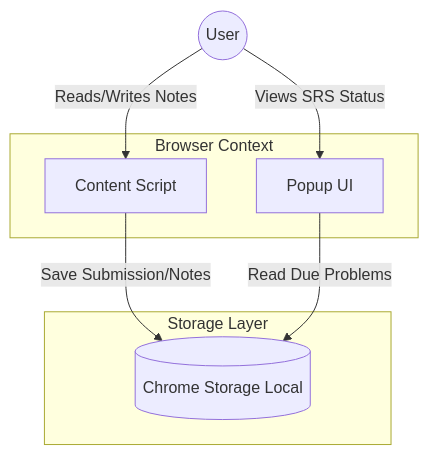
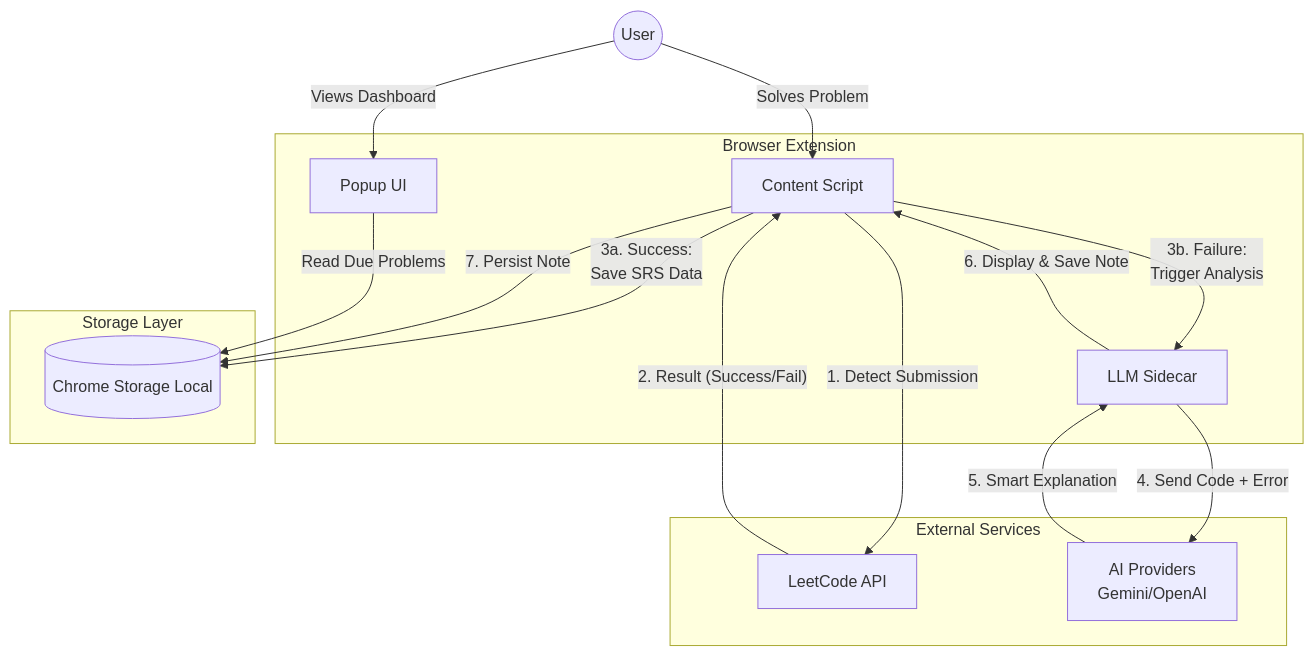
One commit to yc1838/LeetCode-Spaced-Repetition-Chrome-Extension changed the diagram in README.md. Above: the diagram before and after it, drawn with Mermaid. The commit also changed 10 other files, not shown here.

````diff
--- a/README.md
+++ b/README.md
@@ -154,17 +154,33 @@
 ```mermaid
 graph TD
     User((User))
-    subgraph Browser Context
+    subgraph Browser Extension
         Popup[Popup UI]
         Content[Content Script]
+        LLM[LLM Sidecar]
+    end
+    subgraph External Services
+        LeetCode[LeetCode API]
+        AI[AI Providers <br/> Gemini/OpenAI]
     end
     subgraph Storage Layer
         CS[(Chrome Storage Local)]
     end
+
+    User -- Solves Problem --> Content
+    Content -- 1. Detect Submission --> LeetCode
+    LeetCode -- 2. Result (Success/Fail) --> Content
     
-    User -- Reads/Writes Notes --> Content
-    User -- Views SRS Status --> Popup
+    %% Success Flow
+    Content -- 3a. Success: <br/> Save SRS Data --> CS
     
-    Content -- Save Submission/Notes --> CS
+    %% Failure Flow with AI
+    Content -- 3b. Failure: <br/> Trigger Analysis --> LLM
+    LLM -- 4. Send Code + Error --> AI
+    AI -- 5. Smart Explanation --> LLM
+    LLM -- 6. Display & Save Note --> Content
+    Content -- 7. Persist Note --> CS
+
+    User -- Views Dashboard --> Popup
     Popup -- Read Due Problems --> CS
 ```
````
